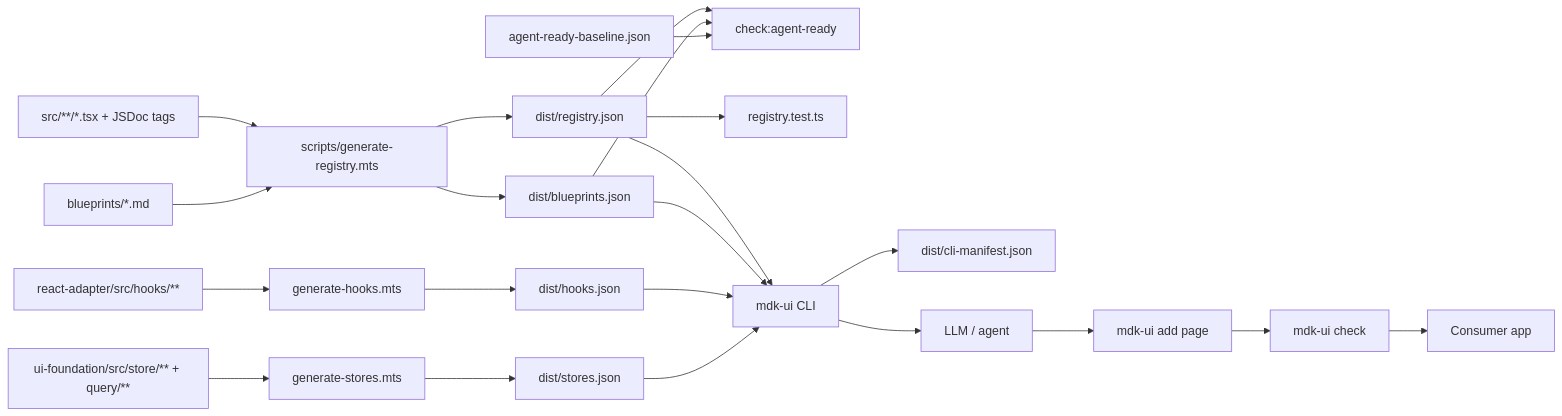
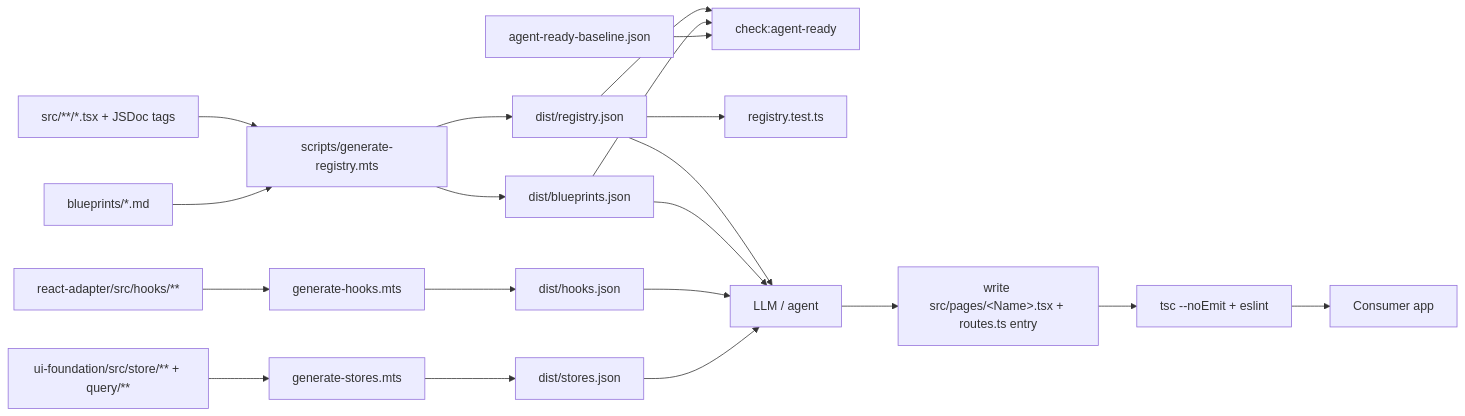
Before and after one commit to tekwani/mdk: the first of 2 diagrams in ui/docs/AGENT_FIRST.md, drawn with Mermaid. The commit also changed other lines of this file and 414 other files, not shown here.

````diff
--- a/ui/docs/AGENT_FIRST.md
+++ b/ui/docs/AGENT_FIRST.md
@@ -65,43 +57,39 @@
 ```mermaid
 flowchart LR
   src["src/**/*.tsx + JSDoc tags"]
   blueprintsMd["blueprints/*.md"]
   adapterSrc["react-adapter/src/hooks/**"]
   coreSrc["ui-foundation/src/store/** + query/**"]
   gen["scripts/generate-registry.mts"]
   genHooks["generate-hooks.mts"]
   genStores["generate-stores.mts"]
   reg["dist/registry.json"]
   bp["dist/blueprints.json"]
   hooks["dist/hooks.json"]
   stores["dist/stores.json"]
-  manifest["dist/cli-manifest.json"]
   baseline["agent-ready-baseline.json"]
   check["check:agent-ready"]
   smoke["registry.test.ts"]
-  cli["mdk-ui CLI"]
   agent["LLM / agent"]
   app["Consumer app"]
 
   src --> gen
   blueprintsMd --> gen
   adapterSrc --> genHooks
   coreSrc --> genStores
   gen --> reg
   gen --> bp
   genHooks --> hooks
   genStores --> stores
   reg --> check
   bp --> check
   baseline --> check
   reg --> smoke
-  reg --> cli
-  bp --> cli
-  hooks --> cli
-  stores --> cli
-  cli --> manifest
-  cli --> agent
-  agent --> scaffold["mdk-ui add page"]
-  scaffold --> verify["mdk-ui check"]
+  reg --> agent
+  bp --> agent
+  hooks --> agent
+  stores --> agent
+  agent --> scaffold["write src/pages/&lt;Name&gt;.tsx + routes.ts entry"]
+  scaffold --> verify["tsc --noEmit + eslint"]
   verify --> app
 ```
````
